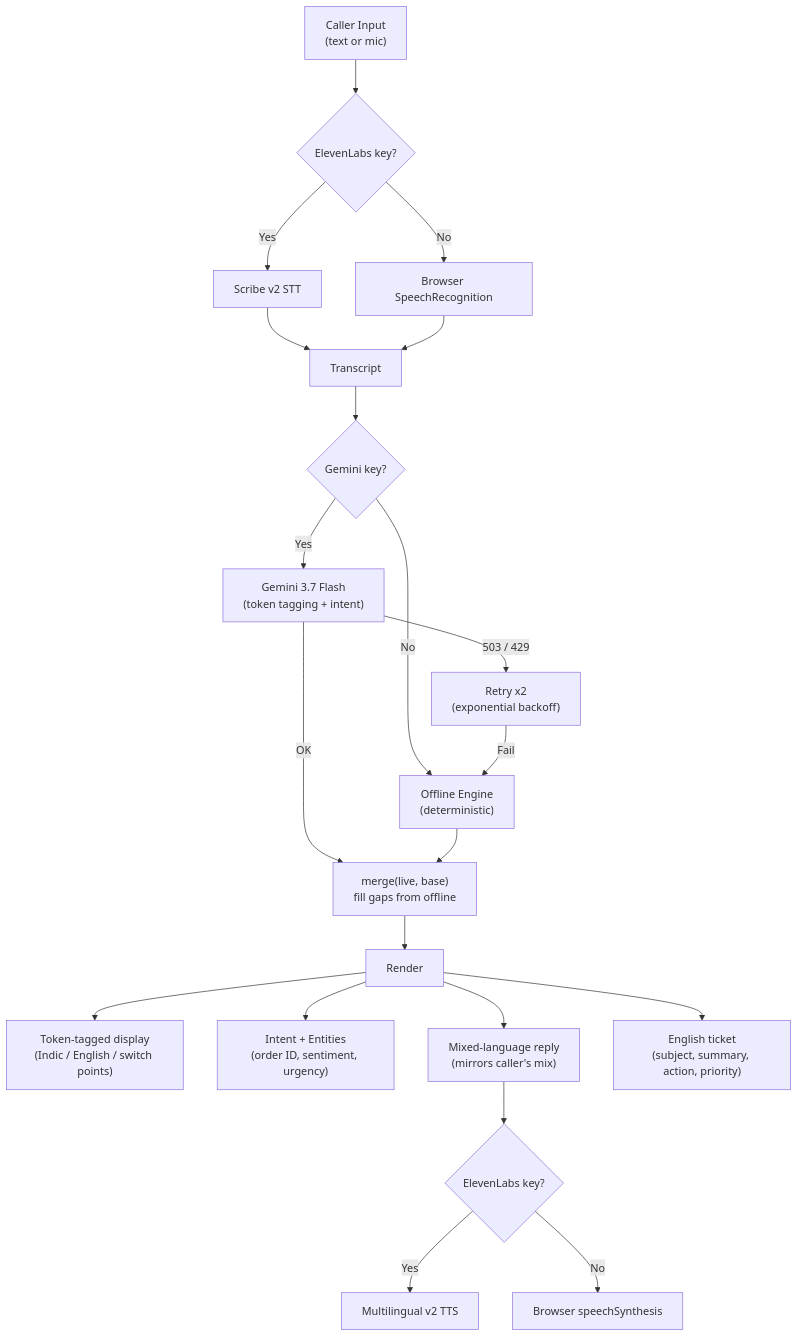
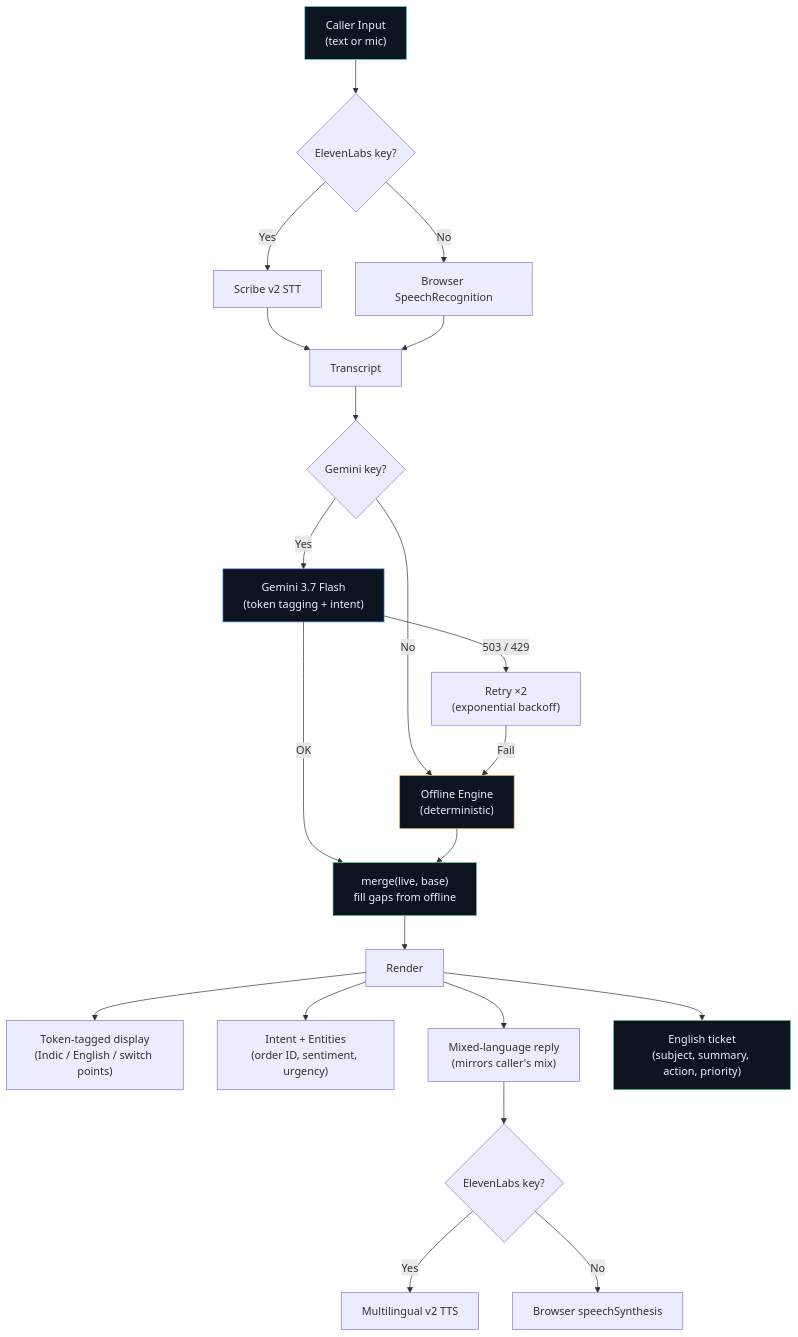
One commit to ramanathanmani/great-agent-hackathon-2026 changed the diagram in README.md. Above: the diagram before and after it, drawn with Mermaid. The commit also changed other lines of this file and 6 other files, not shown here.

Commit message:
docs: add architecture, roadmap, license, technical design, fallback strategy, and restructure README

````diff
--- a/README.md
+++ b/README.md
@@ -30,23 +99,29 @@
 ```mermaid
 graph TD
-    A["Caller Input\n(text or mic)"] --> B{"ElevenLabs key?"}
+    A["Caller Input<br/>(text or mic)"] --> B{"ElevenLabs key?"}
     B -->|Yes| C["Scribe v2 STT"]
     B -->|No| D["Browser SpeechRecognition"]
     C --> E["Transcript"]
     D --> E
     E --> F{"Gemini key?"}
-    F -->|Yes| G["Gemini 3.7 Flash\n(token tagging + intent)"]
-    F -->|No| H["Offline Engine\n(deterministic)"]
-    G -->|"503 / 429"| I["Retry x2\n(exponential backoff)"]
+    F -->|Yes| G["Gemini 3.7 Flash<br/>(token tagging + intent)"]
+    F -->|No| H["Offline Engine<br/>(deterministic)"]
+    G -->|"503 / 429"| I["Retry ×2<br/>(exponential backoff)"]
     I -->|Fail| H
-    G -->|OK| J["merge(live, base)\nfill gaps from offline"]
+    G -->|OK| J["merge(live, base)<br/>fill gaps from offline"]
     H --> J
     J --> K["Render"]
-    K --> L["Token-tagged display\n(Indic / English / switch points)"]
-    K --> M["Intent + Entities\n(order ID, sentiment, urgency)"]
-    K --> N["Mixed-language reply\n(mirrors caller's mix)"]
-    K --> O["English ticket\n(subject, summary, action, priority)"]
+    K --> L["Token-tagged display<br/>(Indic / English / switch points)"]
+    K --> M["Intent + Entities<br/>(order ID, sentiment, urgency)"]
+    K --> N["Mixed-language reply<br/>(mirrors caller's mix)"]
+    K --> O["English ticket<br/>(subject, summary, action, priority)"]
     N --> P{"ElevenLabs key?"}
     P -->|Yes| Q["Multilingual v2 TTS"]
     P -->|No| R["Browser speechSynthesis"]
+
+    style A fill:#0D1420,stroke:#5FD0DE,color:#E9EFF7
+    style G fill:#0D1420,stroke:#4285F4,color:#E9EFF7
+    style H fill:#0D1420,stroke:#F0A340,color:#E9EFF7
+    style J fill:#0D1420,stroke:#57C99A,color:#E9EFF7
+    style O fill:#0D1420,stroke:#57C99A,color:#E9EFF7
 ```
````
